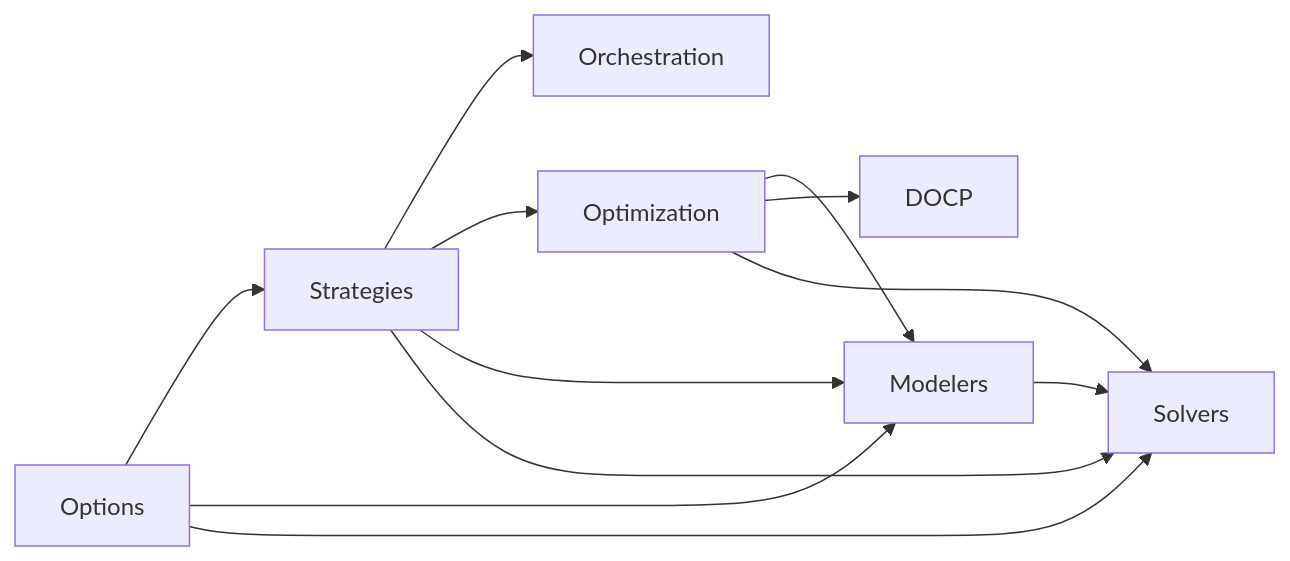
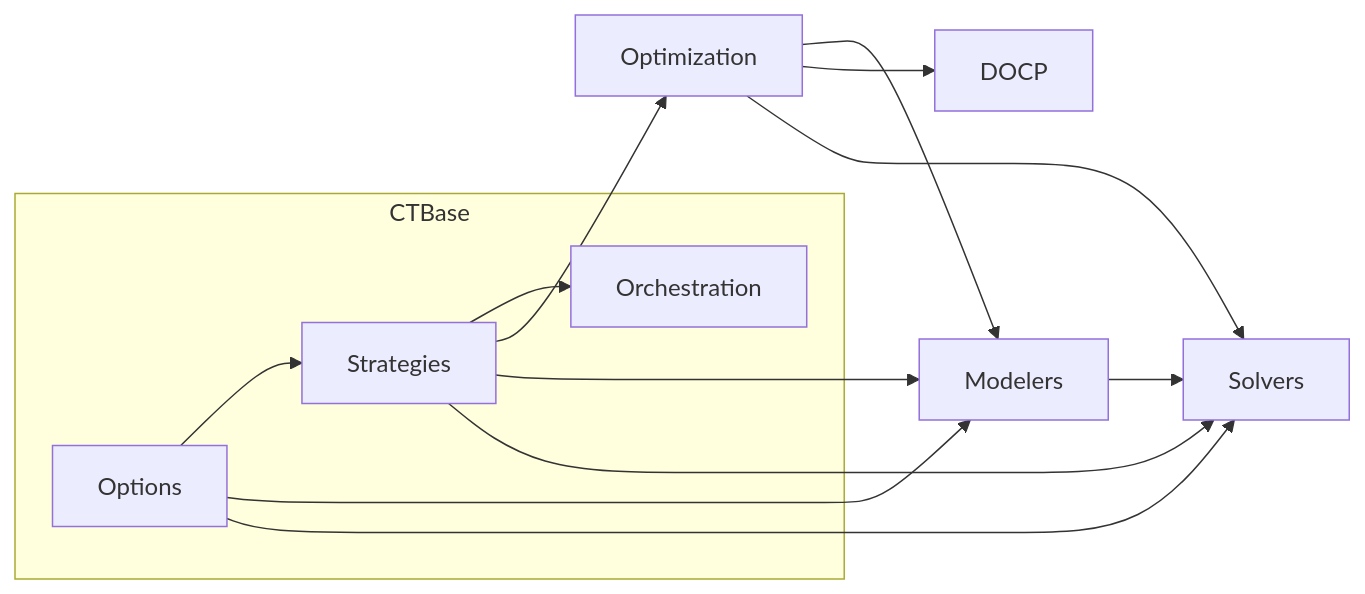
The third of 7 diagrams in docs/src/architecture.md (control-toolbox/CTSolvers.jl), drawn with Mermaid before and after one commit. The commit also changed other lines of this file and 119 other files, not shown here.

First line of the commit message:
Move Options, Strategies, and Orchestration to CTBase

````diff
--- a/docs/src/architecture.md
+++ b/docs/src/architecture.md
@@ -128,14 +136,16 @@
 ```mermaid
 flowchart LR
-    Options --> Strategies
-    Strategies --> Orchestration
+    subgraph CTBase
+        Options --> Strategies
+        Strategies --> Orchestration
+    end
     Strategies --> Optimization
     Strategies --> Modelers
     Strategies --> Solvers
     Options --> Modelers
     Options --> Solvers
     Optimization --> Modelers
     Optimization --> DOCP
     Optimization --> Solvers
     Modelers --> Solvers
 ```
````
